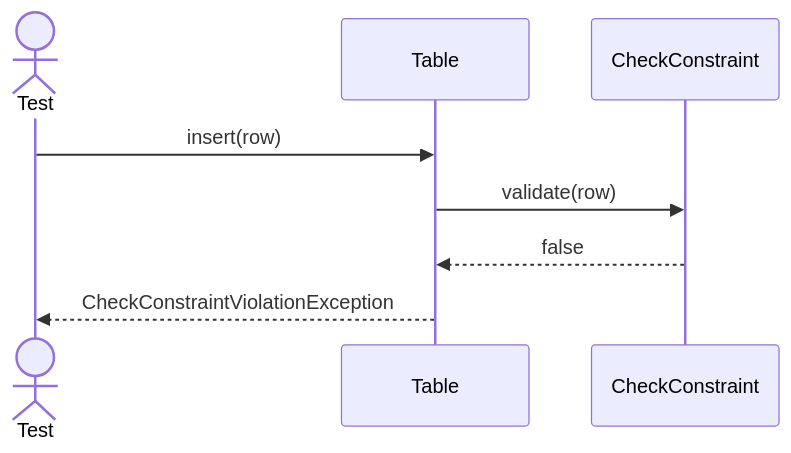
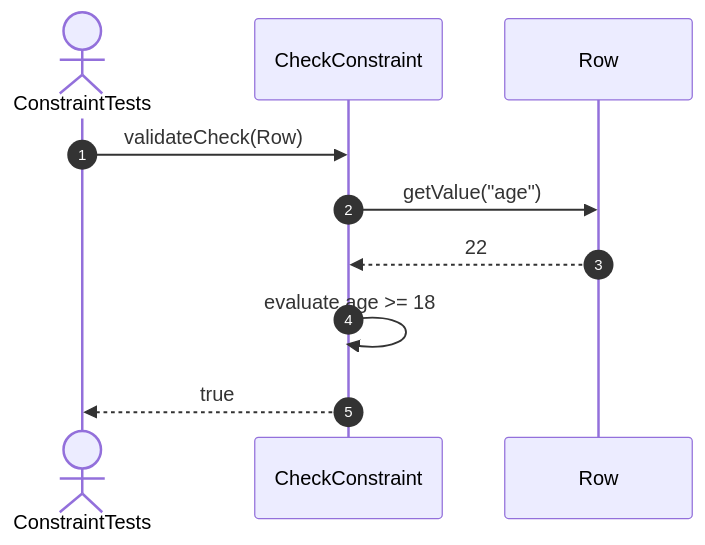
Before and after one commit to FhuAnn/-bbv-AN-s-DBMS: diagram 14 of 16 in src/tests/unit/metadata/sequences/constraint-testing.se.md, drawn with Mermaid. The commit also changed other lines of this file and 60 other files, not shown here.

Commit message:
refactor data table, row, column, constraint, index test file

````diff
--- a/src/tests/unit/metadata/sequences/constraint-testing.se.md
+++ b/src/tests/unit/metadata/sequences/constraint-testing.se.md
@@ -271,11 +229,13 @@
 ```mermaid
 sequenceDiagram
-actor Test
-participant Table
-participant CheckConstraint
+    autonumber
+    actor Test as ConstraintTests
+    participant Check as CheckConstraint
+    participant Row as Row
 
-Test->>Table: insert(row)
-Table->>CheckConstraint: validate(row)
-CheckConstraint-->>Table: false
-Table-->>Test: CheckConstraintViolationException
+    Test->>Check: validateCheck(Row)
+    Check->>Row: getValue("age")
+    Row-->>Check: 22
+    Check->>Check: evaluate age >= 18
+    Check-->>Test: true
 ```
````
